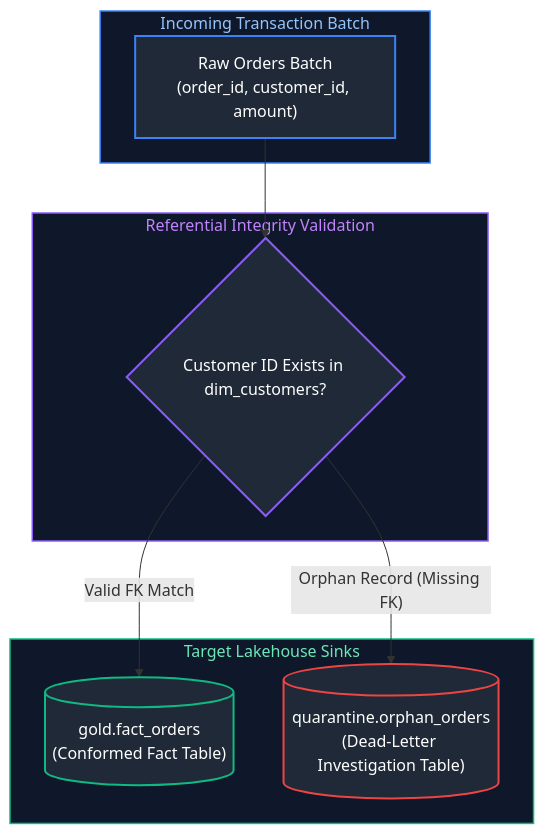
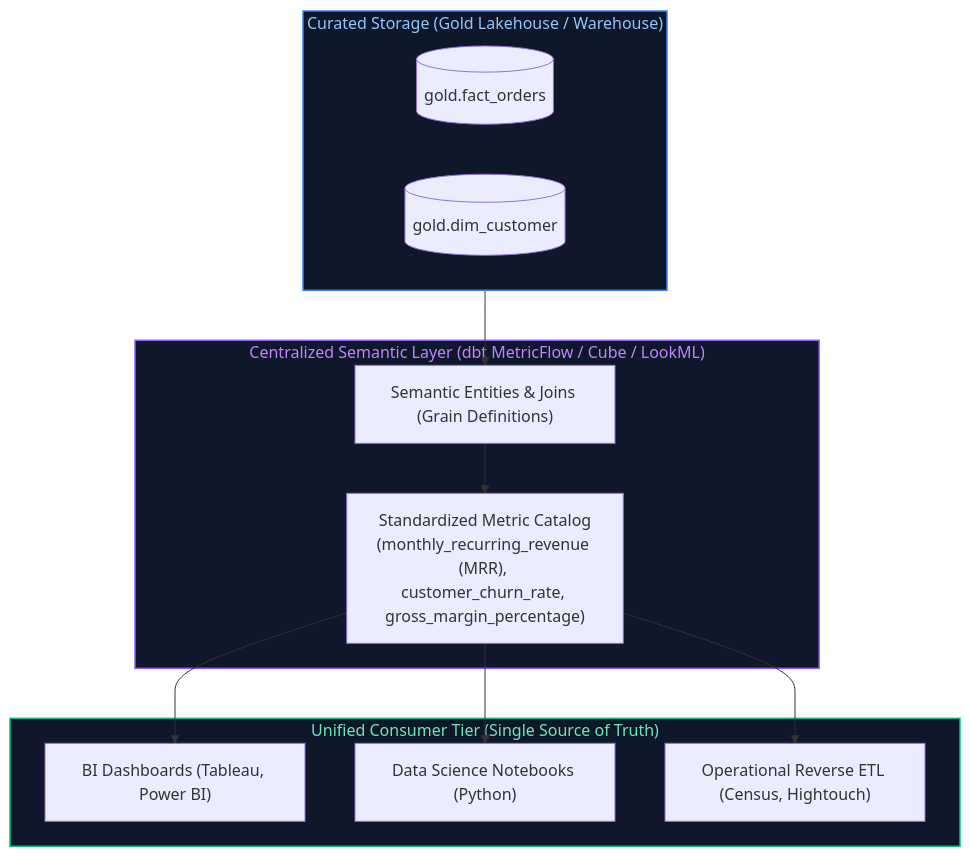
One commit to joydeep-biswas/Interview-Preparation changed diagram 19 of 30 in Data Engineering/06_data_architecture_and_modeling.md. Above: the diagram before and after it, drawn with Mermaid. The commit also changed other lines of this file and 143 other files, not shown here.

````diff
--- a/Data Engineering/06_data_architecture_and_modeling.md
+++ b/Data Engineering/06_data_architecture_and_modeling.md
@@ -1016,27 +1376,28 @@
 ```mermaid
 flowchart TD
-    subgraph IngestionStream ["Incoming Transaction Batch"]
-        RawOrders["Raw Orders Batch\n(order_id, customer_id, amount)"]
+    subgraph StorageTier ["Curated Storage (Gold Lakehouse / Warehouse)"]
+        FOrders[("gold.fact_orders")]
+        DCust[("gold.dim_customer")]
     end
 
-    subgraph IntegrityValidation ["Referential Integrity Validation"]
-        DimCheck{"Customer ID Exists in dim_customers?"}
-        RawOrders --> DimCheck
+    subgraph SemanticLayer ["Centralized Semantic Layer (dbt MetricFlow / Cube / LookML)"]
+        Model["Semantic Entities & Joins (Grain Definitions)"]
+        MetricsCatalog["Standardized Metric Catalog<br/>(monthly_recurring_revenue (MRR), customer_churn_rate, gross_margin_percentage)"]
+        Model --> MetricsCatalog
     end
 
-    subgraph StorageSinks ["Target Lakehouse Sinks"]
-        ValidSink[("gold.fact_orders\n(Conformed Fact Table)")]
-        QuarantineSink[("quarantine.orphan_orders\n(Dead-Letter Investigation Table)")]
+    subgraph Consumers ["Unified Consumer Tier (Single Source of Truth)"]
+        BI["BI Dashboards (Tableau, Power BI)"]
+        Notebooks["Data Science Notebooks (Python)"]
+        ReverseETL["Operational Reverse ETL (Census, Hightouch)"]
     end
 
-    DimCheck -->|"Valid FK Match"| ValidSink
-    DimCheck -->|"Orphan Record (Missing FK)"| QuarantineSink
+    StorageTier --> Model
+    MetricsCatalog --> BI
+    MetricsCatalog --> Notebooks
+    MetricsCatalog --> ReverseETL
 
-    style IngestionStream fill:#0f172a,stroke:#3b82f6,stroke-width:1.5px,color:#93c5fd
-    style IntegrityValidation fill:#0f172a,stroke:#8b5cf6,stroke-width:1.5px,color:#c084fc
-    style StorageSinks fill:#0f172a,stroke:#10b981,stroke-width:1.5px,color:#6ee7b7
-    style RawOrders fill:#1f2937,stroke:#3b82f6,stroke-width:2px,color:#fff
-    style DimCheck fill:#1f2937,stroke:#8b5cf6,stroke-width:2px,color:#fff
-    style ValidSink fill:#1f2937,stroke:#10b981,stroke-width:2px,color:#fff
-    style QuarantineSink fill:#1f2937,stroke:#ef4444,stroke-width:2px,color:#fff
+    style StorageTier fill:#0f172a,stroke:#3b82f6,stroke-width:1.5px,color:#93c5fd
+    style SemanticLayer fill:#0f172a,stroke:#8b5cf6,stroke-width:1.5px,color:#c084fc
+    style Consumers fill:#0f172a,stroke:#10b981,stroke-width:1.5px,color:#6ee7b7
 ```
````
